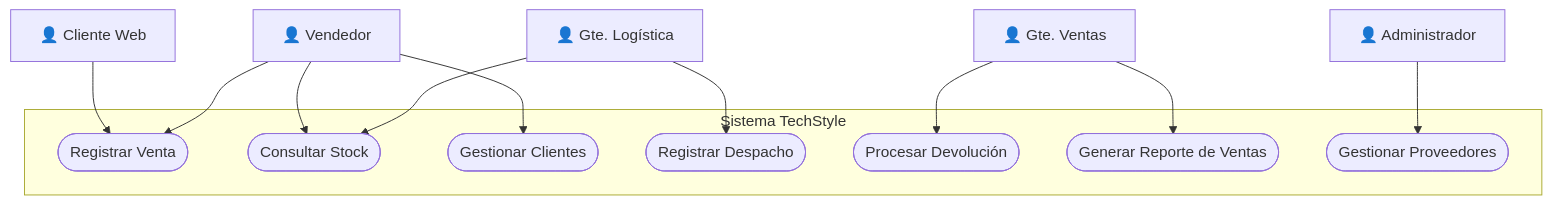
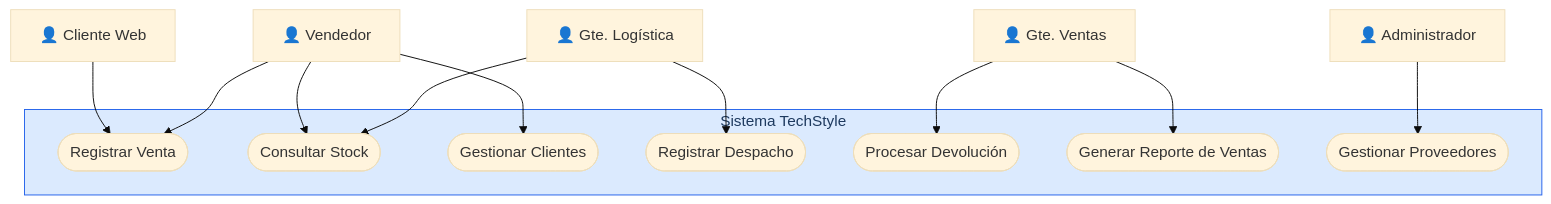
One commit to frzambra/big_data_analytics changed the second of 6 diagrams in clases/W05_clase.qmd. Above: the diagram before and after it, drawn with Mermaid. The commit also changed 18 other files, not shown here.

````diff
--- a/clases/W05_clase.qmd
+++ b/clases/W05_clase.qmd
@@ -95,22 +95,23 @@
 ```{mermaid}
+%%{init: {'theme': 'base', 'themeVariables': {'clusterBkg': '#dbeafe', 'clusterBorder': '#2563eb', 'titleColor': '#1e3a5f'}}}%%
 graph TB
     subgraph Sistema["Sistema TechStyle"]
         UC1(["Registrar Venta"])
         UC2(["Consultar Stock"])
         UC3(["Gestionar Clientes"])
         UC4(["Registrar Despacho"])
         UC5(["Procesar Devolución"])
         UC6(["Generar Reporte de Ventas"])
         UC7(["Gestionar Proveedores"])
     end
 
     Cliente["👤 Cliente Web"] --> UC1
     Vendedor["👤 Vendedor"] --> UC1
     Vendedor --> UC2
     Vendedor --> UC3
     Logistica["👤 Gte. Logística"] --> UC4
     Logistica --> UC2
     Ventas["👤 Gte. Ventas"] --> UC6
     Ventas --> UC5
     Admin["👤 Administrador"] --> UC7
 ```
````
